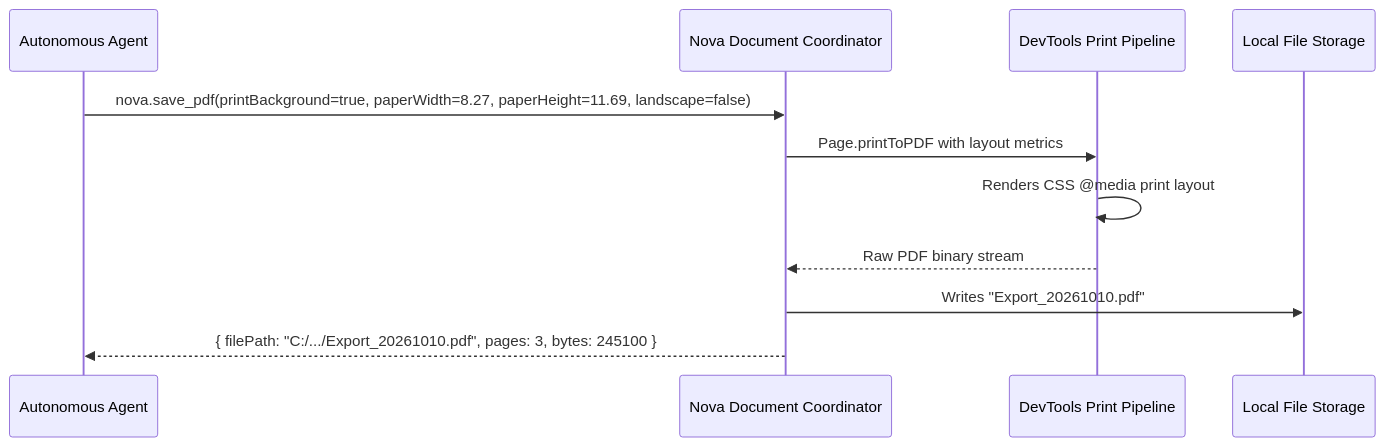
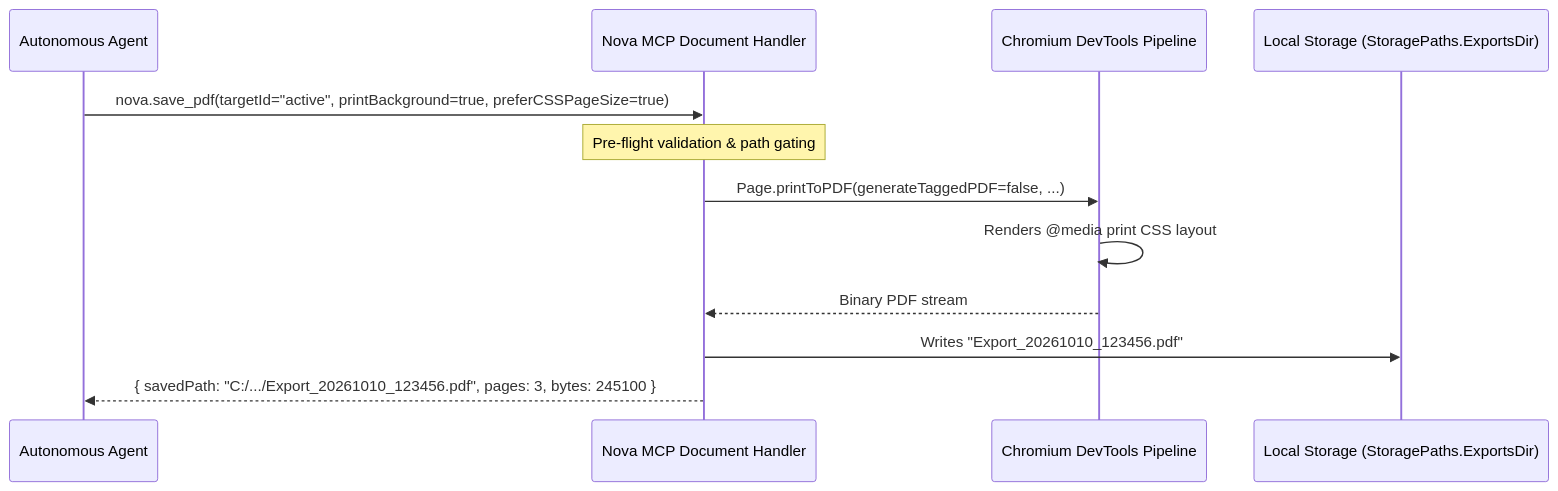
One commit to joelaniol/nova changed the second of 2 diagrams in docs/core-features/media-intelligence/pdf/README.md. Above: the diagram before and after it, drawn with Mermaid. The commit also changed other lines of this file and 11 other files, not shown here.

Commit message:
docs(media-intelligence): expand architectural reference with Outrider boundary, WMF decoding, crash guards, and permission provenance

````diff
--- a/docs/core-features/media-intelligence/pdf/README.md
+++ b/docs/core-features/media-intelligence/pdf/README.md
@@ -63,14 +42,15 @@
 ```mermaid
 sequenceDiagram
     participant Agent as Autonomous Agent
-    participant Nova as Nova Document Coordinator
-    participant Chromium as DevTools Print Pipeline
-    participant Disk as Local File Storage
+    participant Nova as Nova MCP Document Handler
+    participant Chromium as Chromium DevTools Pipeline
+    participant Disk as Local Storage (StoragePaths.ExportsDir)
 
-    Agent->>Nova: nova.save_pdf(printBackground=true, paperWidth=8.27, paperHeight=11.69, landscape=false)
-    Nova->>Chromium: Page.printToPDF with layout metrics
-    Chromium->>Chromium: Renders CSS @media print layout
-    Chromium-->>Nova: Raw PDF binary stream
-    Nova->>Disk: Writes "Export_20261010.pdf"
-    Nova-->>Agent: { filePath: "C:/.../Export_20261010.pdf", pages: 3, bytes: 245100 }
+    Agent->>Nova: nova.save_pdf(targetId="active", printBackground=true, preferCSSPageSize=true)
+    Note over Nova: Pre-flight validation & path gating
+    Nova->>Chromium: Page.printToPDF(generateTaggedPDF=false, ...)
+    Chromium->>Chromium: Renders @media print CSS layout
+    Chromium-->>Nova: Binary PDF stream
+    Nova->>Disk: Writes "Export_20261010_123456.pdf"
+    Nova-->>Agent: { savedPath: "C:/.../Export_20261010_123456.pdf", pages: 3, bytes: 245100 }
 ```
````
